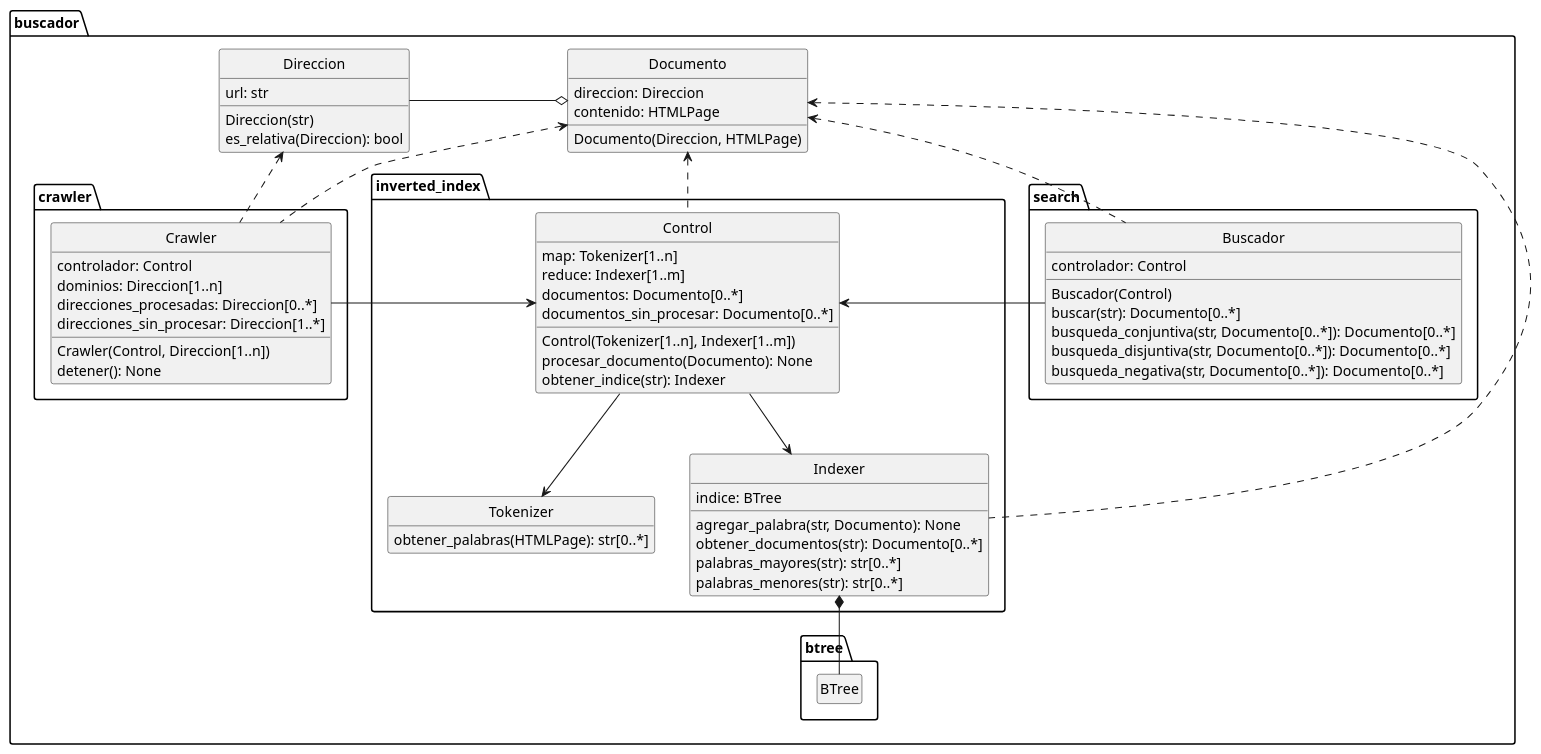
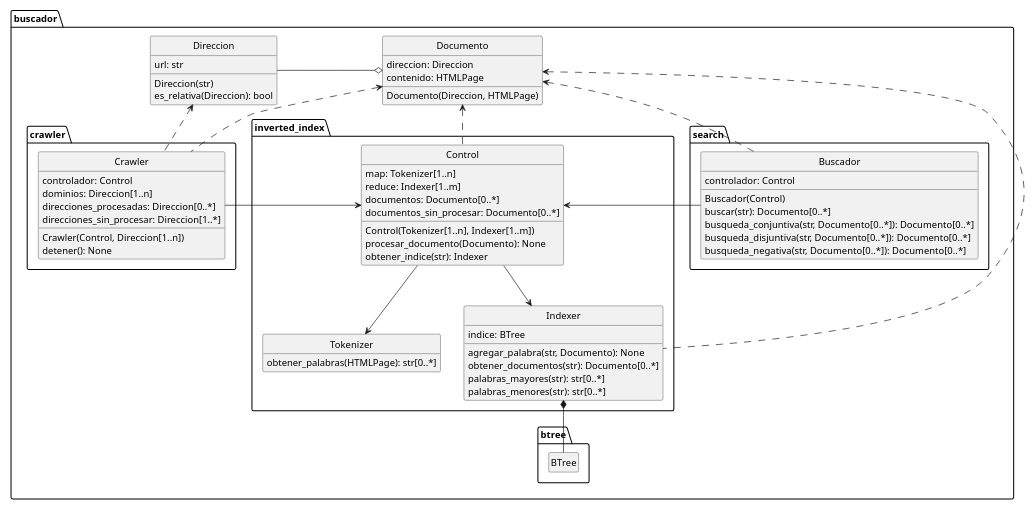
Before and after one commit to HeraclitoDeEfeso/edd-tp2: the diagram in doc/diagrama.puml, drawn with PlantUML. The commit also changed 1 other file, not shown here.

Commit message:
UML: tamaño de diagrama

```diff
--- a/doc/diagrama.puml
+++ b/doc/diagrama.puml
@@ -1,71 +1,72 @@
 @startuml
 hide empty members
 hide circle
+scale max 1024 width
 namespace buscador {
     class Direccion {
     url: str
     Direccion(str)
     es_relativa(Direccion): bool
     }
     class Documento {
     direccion: Direccion
     contenido: HTMLPage
     Documento(Direccion, HTMLPage)
     }
     namespace crawler {
         class Crawler {
         controlador: Control
         dominios: Direccion[1..n]
         direcciones_procesadas: Direccion[0..*]
         direcciones_sin_procesar: Direccion[1..*]
         Crawler(Control, Direccion[1..n])
         detener(): None
         }
     }
     namespace inverted_index {
         class Control {
         map: Tokenizer[1..n]
         reduce: Indexer[1..m]
         documentos: Documento[0..*]
         documentos_sin_procesar: Documento[0..*]
         Control(Tokenizer[1..n], Indexer[1..m])
         procesar_documento(Documento): None
         obtener_indice(str): Indexer
         }
         class Tokenizer {
         obtener_palabras(HTMLPage): str[0..*]
         }
         class Indexer {
         indice: BTree
         agregar_palabra(str, Documento): None
         obtener_documentos(str): Documento[0..*]
         palabras_mayores(str): str[0..*]
         palabras_menores(str): str[0..*]
         }
     }
     namespace btree {
         class BTree
     }
     namespace search {
         class Buscador {
         controlador: Control
         Buscador(Control)
         buscar(str): Documento[0..*]
         busqueda_conjuntiva(str, Documento[0..*]): Documento[0..*]
         busqueda_disjuntiva(str, Documento[0..*]): Documento[0..*]
         busqueda_negativa(str, Documento[0..*]): Documento[0..*]
         }
     }
 }
 buscador.Direccion -o buscador.Documento
 buscador.Direccion <.. buscador.crawler.Crawler
 buscador.Documento <.. buscador.crawler.Crawler
 buscador.Documento <.. buscador.inverted_index.Control
 buscador.Documento <.. buscador.inverted_index.Indexer
 buscador.Documento <.. buscador.search.Buscador
 buscador.inverted_index.Control --> buscador.inverted_index.Tokenizer
 buscador.inverted_index.Control --> buscador.inverted_index.Indexer
 buscador.crawler.Crawler -> buscador.inverted_index.Control
 buscador.inverted_index.Control <- buscador.search.Buscador
 buscador.inverted_index.Indexer *-- buscador.btree.BTree
 @enduml
```
